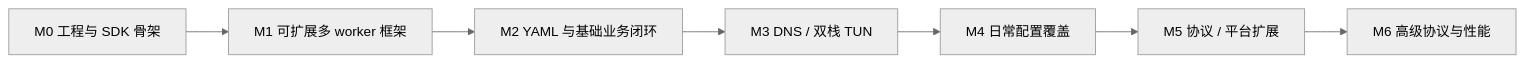
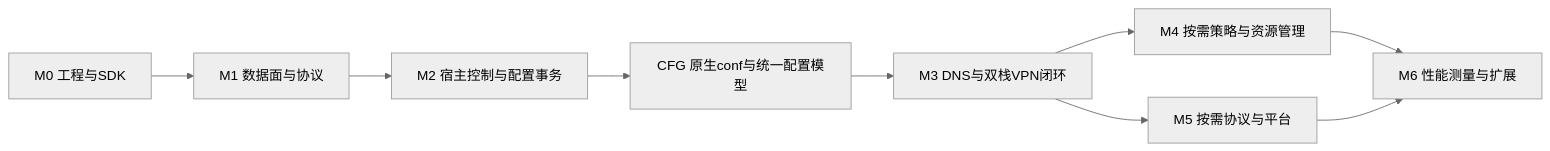
Before and after one commit to Ember-Moth/Solaris-Core: the first of 3 diagrams in docs/development/DEVELOPMENT_PLAN.md, drawn with Mermaid (neutral theme). The commit also changed other lines of this file and 8 other files, not shown here.

Commit message:
docs: adopt independent core and native conf roadmap

````diff
--- a/docs/development/DEVELOPMENT_PLAN.md
+++ b/docs/development/DEVELOPMENT_PLAN.md
@@ -25,9 +35,11 @@
 ```mermaid
 flowchart LR
-    M0[M0 工程与 SDK 骨架] --> M1[M1 可扩展多 worker 框架]
-    M1 --> M2[M2 YAML 与基础业务闭环]
-    M2 --> M3[M3 DNS / 双栈 TUN]
-    M3 --> M4[M4 日常配置覆盖]
-    M4 --> M5[M5 协议 / 平台扩展]
-    M5 --> M6[M6 高级协议与性能]
+    M0[M0 工程与SDK] --> M1[M1 数据面与协议]
+    M1 --> M2[M2 宿主控制与配置事务]
+    M2 --> CFG[CFG 原生conf与统一配置模型]
+    CFG --> M3[M3 DNS与双栈VPN闭环]
+    M3 --> M4[M4 按需策略与资源管理]
+    M3 --> M5[M5 按需协议与平台]
+    M4 --> M6[M6 性能测量与扩展]
+    M5 --> M6
 ```
````
